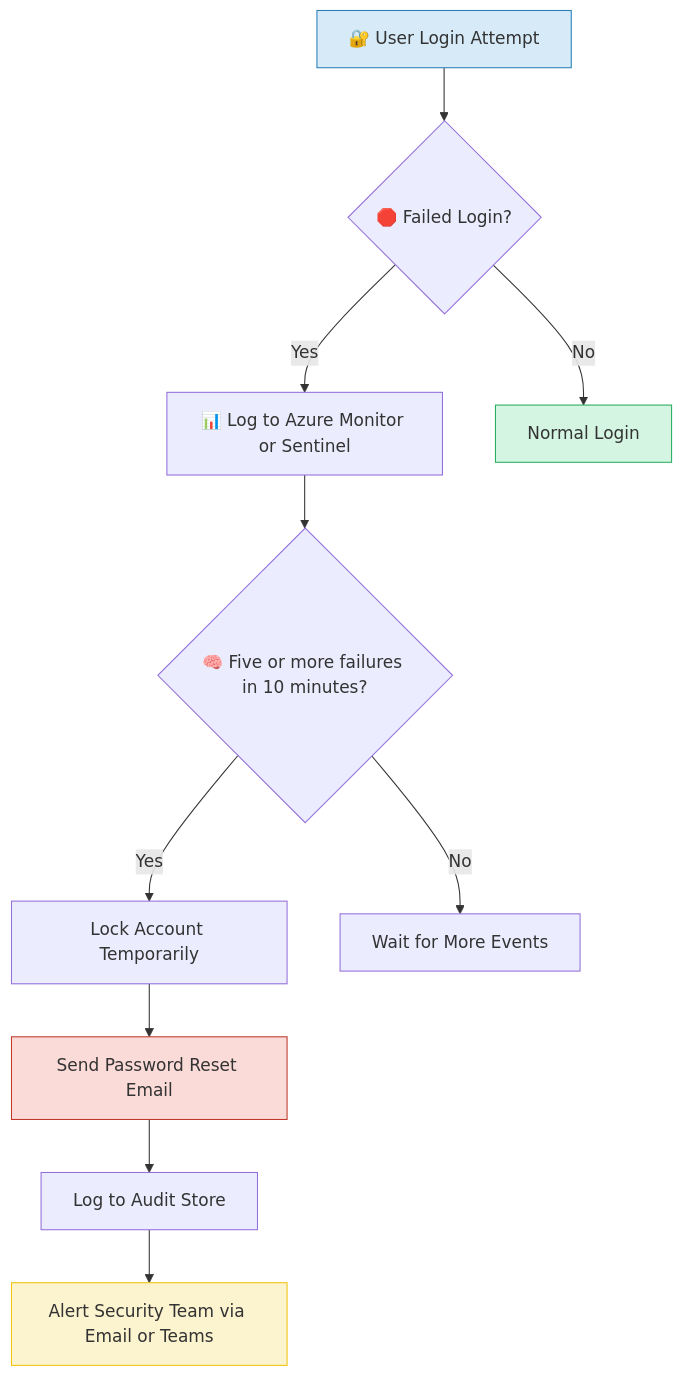
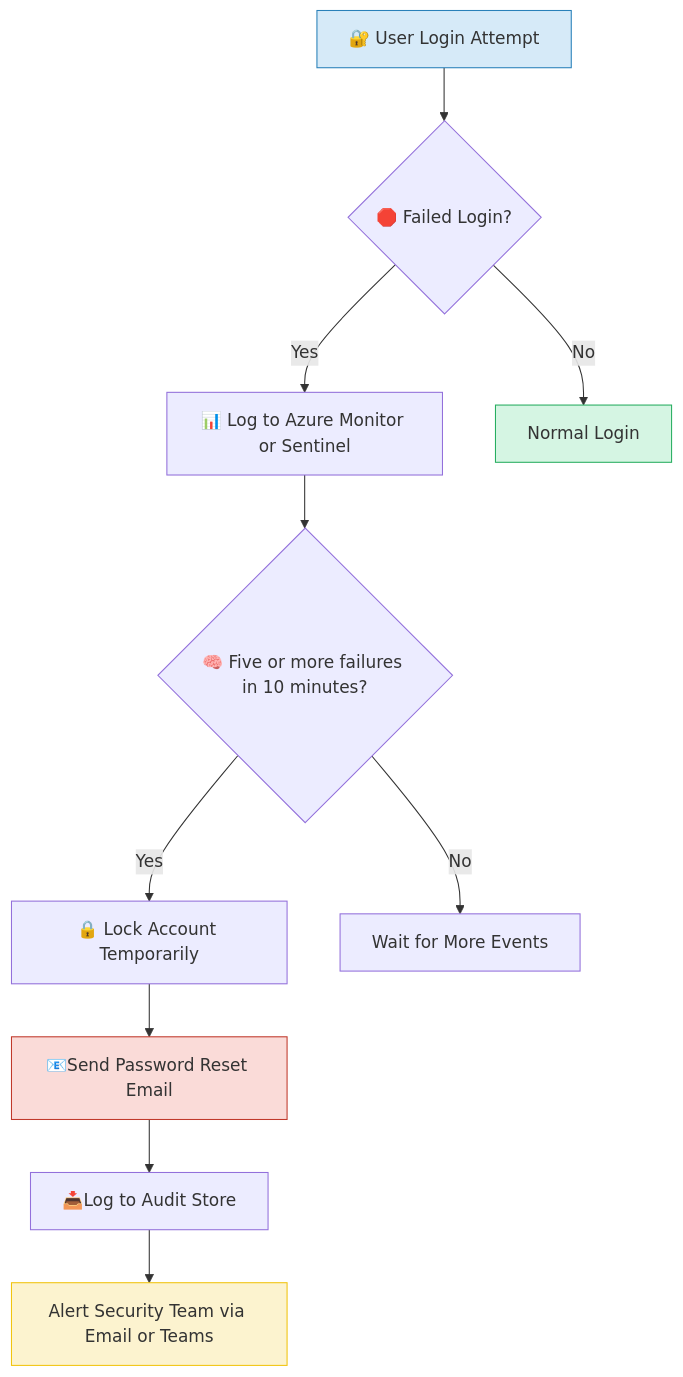
The diagram in cst8919.md (ImanelSakaan/CST8917-Final-Oral-Exam-Overview), drawn with Mermaid before and after one commit.

````diff
--- a/cst8919.md
+++ b/cst8919.md
@@ -23,18 +23,18 @@
 ```mermaid
 flowchart TD
   A[🔐 User Login Attempt] --> B{🛑 Failed Login?}
   B -- Yes --> C[ 📊 Log to Azure Monitor or Sentinel]
   C --> D{ 🧠 Five or more failures in 10 minutes?}
-  D -- Yes --> E[Lock Account Temporarily]
-  E --> F[Send Password Reset Email]
-  F --> G[Log to Audit Store]
+  D -- Yes --> E[🔒 Lock Account Temporarily]
+  E --> F[📧Send Password Reset Email]
+  F --> G[📥Log to Audit Store]
   G --> H[Alert Security Team via Email or Teams]
   D -- No --> Z[Wait for More Events]
   B -- No --> Y[Normal Login]
 
   style A fill:#D6EAF8,stroke:#2980B9
   style F fill:#FADBD8,stroke:#C0392B
   style H fill:#FCF3CF,stroke:#F1C40F
   style Y fill:#D5F5E3,stroke:#27AE60
 
 ```
````
